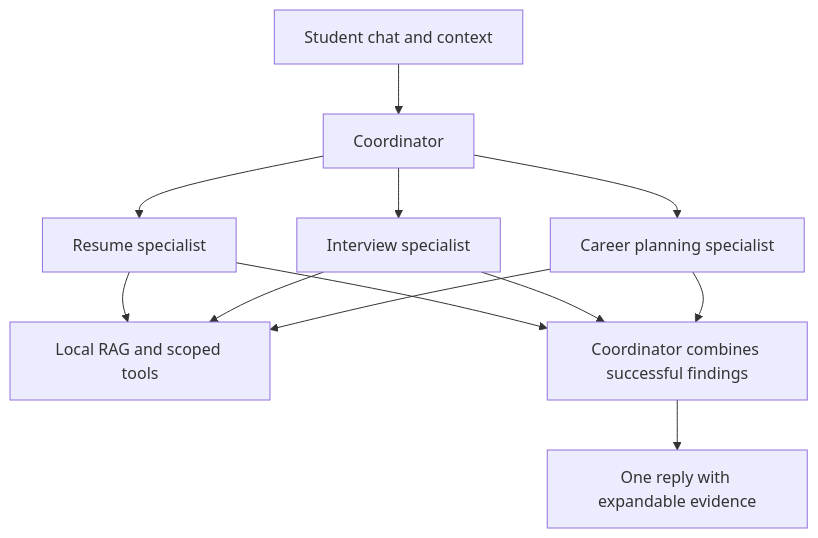
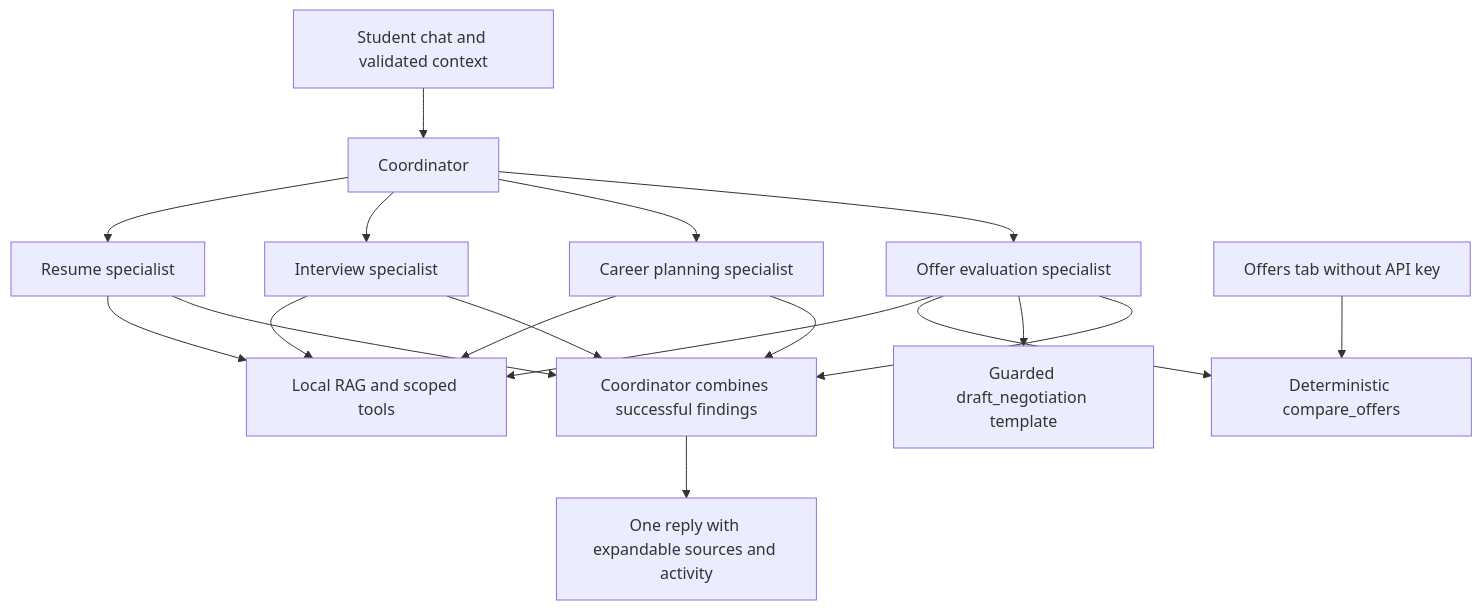
One commit to AnshulShahMIS/MIS556Group14Assignment2 changed the diagram in docs/Multi-Agent-Architecture.md. Above: the diagram before and after it, drawn with Mermaid. The commit also changed other lines of this file and 24 other files, not shown here.

Commit message:
Add offer specialist and offline offer comparison workspace

````diff
--- a/docs/Multi-Agent-Architecture.md
+++ b/docs/Multi-Agent-Architecture.md
@@ -16,14 +17,20 @@
 ```mermaid
 flowchart TD
- Student[Student chat and context] --> Coordinator
+ Student[Student chat and validated context] --> Coordinator
  Coordinator --> Resume[Resume specialist]
  Coordinator --> Interview[Interview specialist]
  Coordinator --> Career[Career planning specialist]
- Resume --> Retrieval[Local RAG and scoped tools]
- Interview --> Retrieval
- Career --> Retrieval
+ Coordinator --> Offer[Offer evaluation specialist]
+ Resume --> RAG[Local RAG and scoped tools]
+ Interview --> RAG
+ Career --> RAG
+ Offer --> RAG
+ Offer --> Math[Deterministic compare_offers]
+ Offer --> Draft[Guarded draft_negotiation template]
+ Offline[Offers tab without API key] --> Math
  Resume --> Synthesis[Coordinator combines successful findings]
  Interview --> Synthesis
  Career --> Synthesis
- Synthesis --> Reply[One reply with expandable evidence]
+ Offer --> Synthesis
+ Synthesis --> Reply[One reply with expandable sources and activity]
 ```
````
